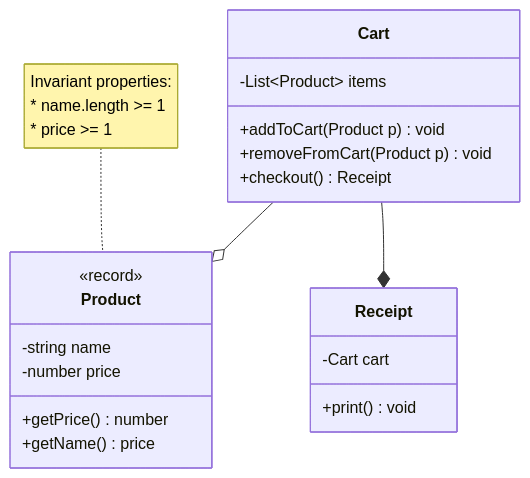
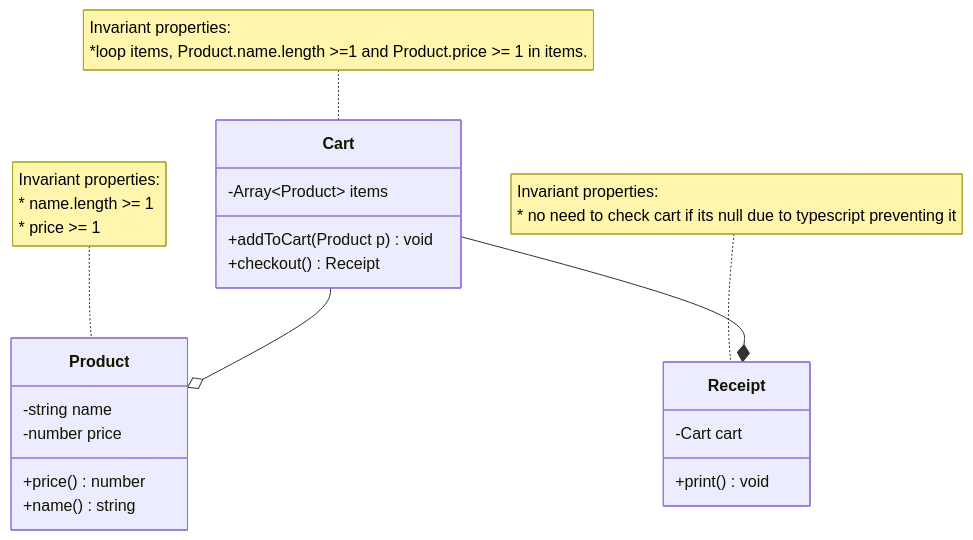
The diagram in domain.md (andre4352323/2452-pos), drawn with Mermaid before and after one commit. The commit also changed other lines of this file and 1 other file, not shown here.

Commit message:
finalizing design for phase 1

```diff
--- a/domain.md
+++ b/domain.md
@@ -9,41 +9,45 @@
 :::mermaid
 
     classDiagram
 
         class Product{
-            <<record>>
-
+            
             -string name
             -number price
 
-            +getPrice() number
-            +getName() price
+            +price() number
+            +name() string
             
     
         }
 
         note for Product "Invariant properties:
         * name.length >= 1
         * price >= 1"
 
     
         class Receipt {
             -Cart cart
 
             +print() void
             
         }
 
+        note for Receipt"Invariant properties:
+        * no need to check cart if its null due to typescript preventing it"
+
         class Cart {
-            -List~Product~ items
+            -Array~Product~ items
 
             +addToCart(Product p) void
-            +removeFromCart(Product p) void
             +checkout() Receipt
         
         }
+
+        note for Cart "Invariant properties:
+        *loop items, Product.name.length >=1 and Product.price >= 1 in items."
 
         Cart --o Product
         Cart --* Receipt
 
 :::
```
